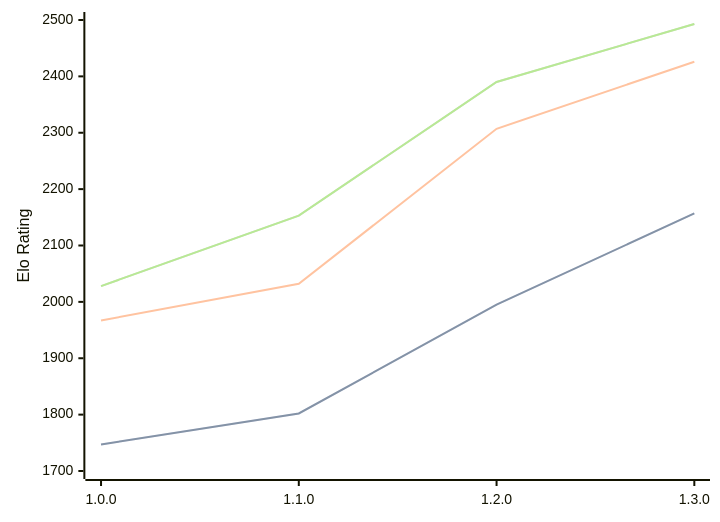
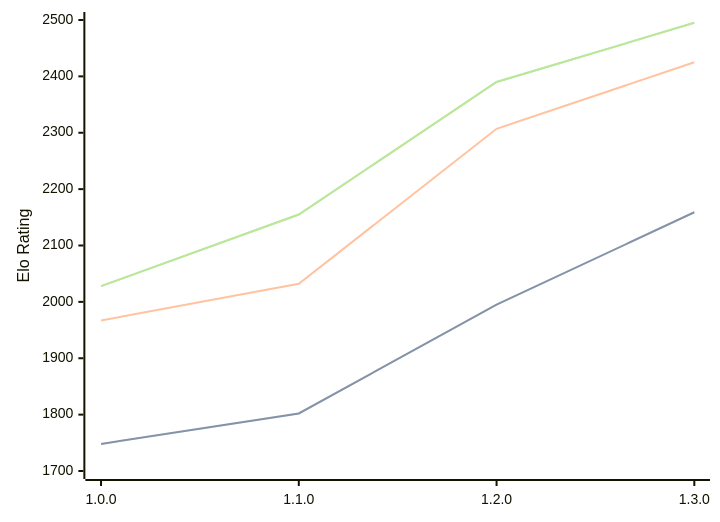
The diagram in engines/Anodos.md (computer-chess-index/cci), drawn with Mermaid before and after one commit. The commit also changed other lines of this file, not shown here.

Commit message:
Update CCI Ratings (ELO VLTC) - 2026-09-13

````diff
--- a/engines/Anodos.md
+++ b/engines/Anodos.md
@@ -34,11 +34,11 @@
 ```mermaid
 %%{init: {"theme":"base","themeVariables":{"seriesColors:['#a3a3a3','#222221','#faa371']}}}%%
 xychart-beta
   x-axis ["1.0.0", "1.1.0", "1.2.0", "1.3.0"]
   y-axis "Elo Rating" 1700 --> 2500
-  line "" [1747, 1802, 1995, 2157]
-  line "STC (8.0+0.08s)" [1747, 1802, 1995, 2157]
-  line "LTC (60.0+0.60s)" [1967, 2032, 2307, 2426]
-  line "" [2028, 2153, 2390, 2493]
-  line "VLTC (2m24s+1.12s)" [2028, 2153, 2390, 2493]
+  line "" [1748, 1802, 1995, 2159]
+  line "STC (8.0+0.08s)" [1748, 1802, 1995, 2159]
+  line "LTC (60.0+0.60s)" [1967, 2032, 2307, 2425]
+  line "" [2028, 2155, 2390, 2495]
+  line "VLTC (2m24s+1.12s)" [2028, 2155, 2390, 2495]
 ```
````
